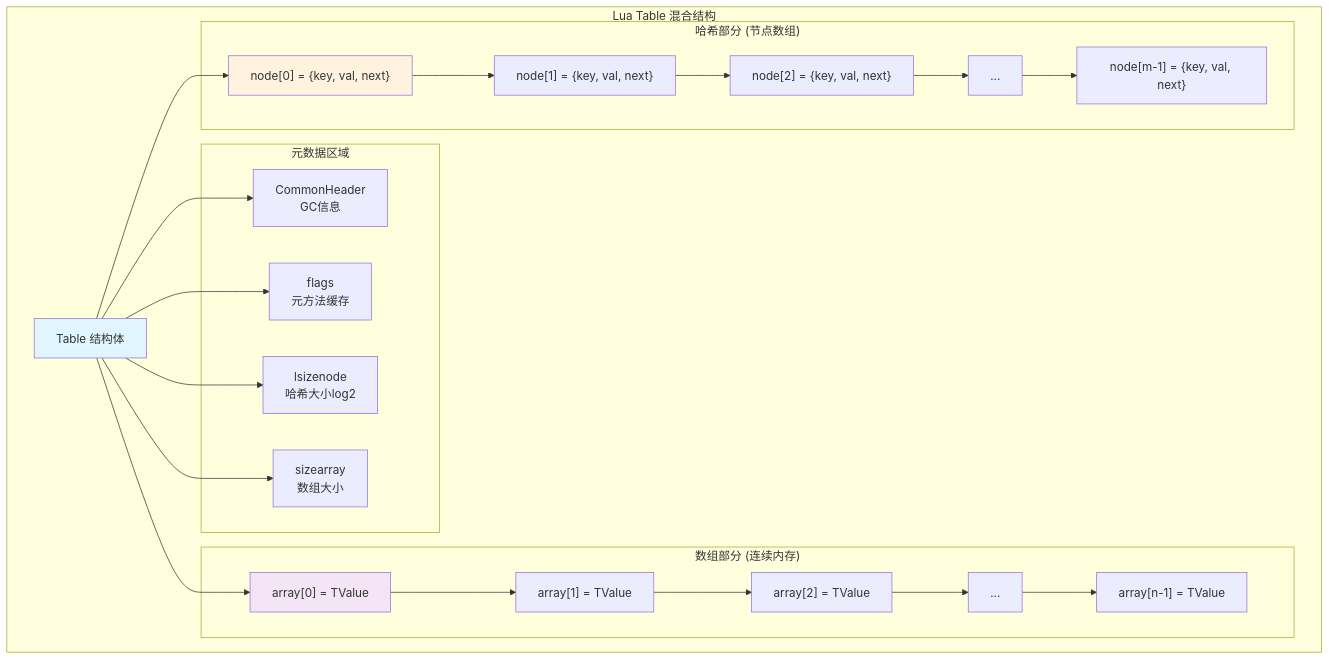
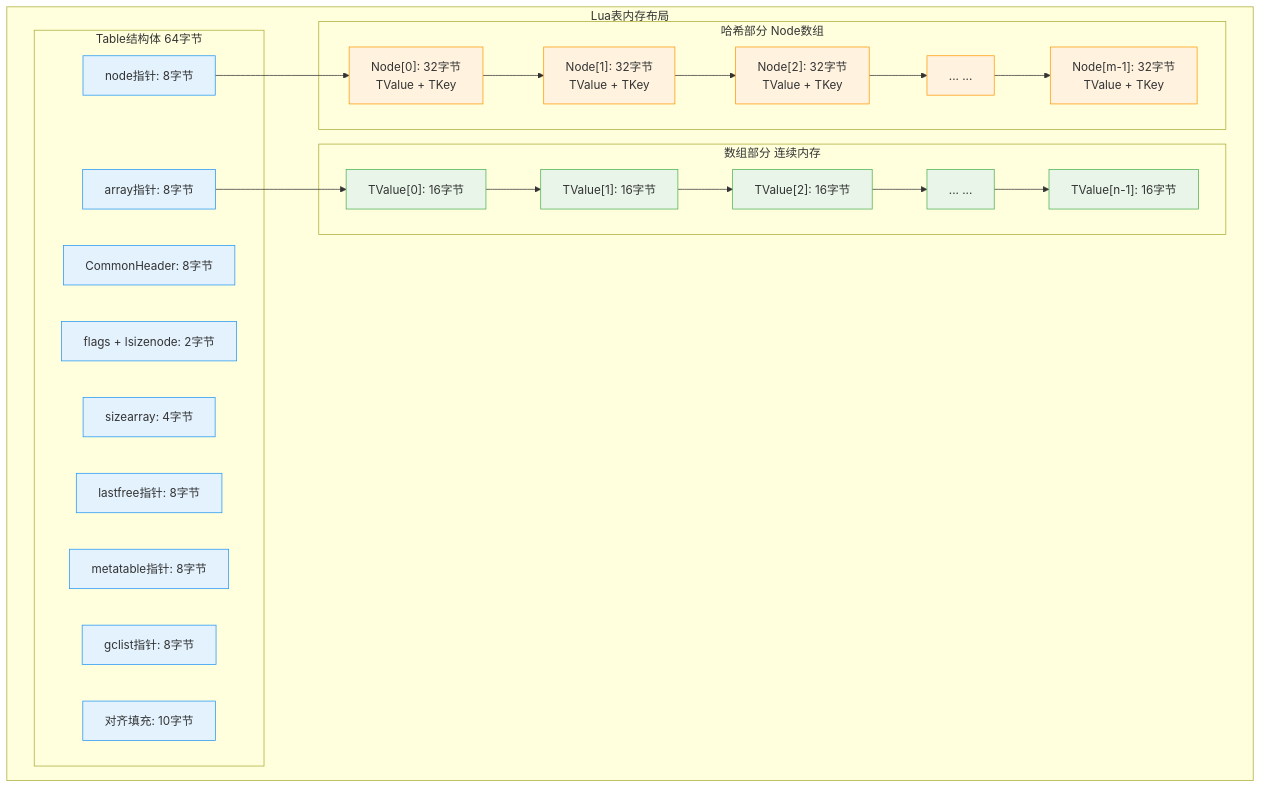
Before and after one commit to YanqingXu/lua_c_analysis: the second of 6 diagrams in questions/q_03_table.md, drawn with Mermaid. The commit also changed other lines of this file and 3 other files, not shown here.

````diff
--- a/questions/q_03_table.md
+++ b/questions/q_03_table.md
@@ -79,43 +180,46 @@
 ```mermaid
-graph TB
-    subgraph "Lua Table 混合结构"
-        T[Table 结构体]
-        
-        subgraph "元数据区域"
-            GC[CommonHeader<br/>GC信息]
-            FLAGS[flags<br/>元方法缓存]
-            LSIZE[lsizenode<br/>哈希大小log2]
-            ASIZE[sizearray<br/>数组大小]
+graph TD
+    subgraph "Lua表内存布局"
+        subgraph "Table结构体 64字节"
+            H1["CommonHeader: 8字节"]
+            H2["flags + lsizenode: 2字节"]
+            H3["sizearray: 4字节"]
+            H4["array指针: 8字节"]
+            H5["node指针: 8字节"] 
+            H6["lastfree指针: 8字节"]
+            H7["metatable指针: 8字节"]
+            H8["gclist指针: 8字节"]
+            H9["对齐填充: 10字节"]
         end
         
-        subgraph "数组部分 (连续内存)"
-            A0["array[0] = TValue"]
-            A1["array[1] = TValue"]
-            A2["array[2] = TValue"]
-            ADots["..."]
-            AN["array[n-1] = TValue"]
+        subgraph "数组部分 连续内存"
+            A1["TValue[0]: 16字节"]
+            A2["TValue[1]: 16字节"]
+            A3["TValue[2]: 16字节"]
+            A4["... ..."]
+            An["TValue[n-1]: 16字节"]
         end
         
-        subgraph "哈希部分 (节点数组)"
-            N0["node[0] = {key, val, next}"]
-            N1["node[1] = {key, val, next}"]
-            N2["node[2] = {key, val, next}"]
-            NDots["..."]
-            NM["node[m-1] = {key, val, next}"]
+        subgraph "哈希部分 Node数组"
+            N1["Node[0]: 32字节<br/>TValue + TKey"]
+            N2["Node[1]: 32字节<br/>TValue + TKey"]
+            N3["Node[2]: 32字节<br/>TValue + TKey"]
+            N4["... ..."]
+            Nm["Node[m-1]: 32字节<br/>TValue + TKey"]
         end
-        
-        T --> GC
-        T --> FLAGS  
-        T --> LSIZE
-        T --> ASIZE
-        T --> A0
-        T --> N0
-        
-        A0 --> A1 --> A2 --> ADots --> AN
-        N0 --> N1 --> N2 --> NDots --> NM
-        
-        style T fill:#e1f5fe
-        style A0 fill:#f3e5f5
-        style N0 fill:#fff3e0
     end
+    
+    H4 --> A1
+    H5 --> N1
+    
+    A1 --> A2 --> A3 --> A4 --> An
+    N1 --> N2 --> N3 --> N4 --> Nm
+    
+    classDef header fill:#e3f2fd,stroke:#2196f3
+    classDef array fill:#e8f5e8,stroke:#4caf50
+    classDef hash fill:#fff3e0,stroke:#ff9800
+    
+    class H1,H2,H3,H4,H5,H6,H7,H8,H9 header
+    class A1,A2,A3,A4,An array
+    class N1,N2,N3,N4,Nm hash
 ```
````
